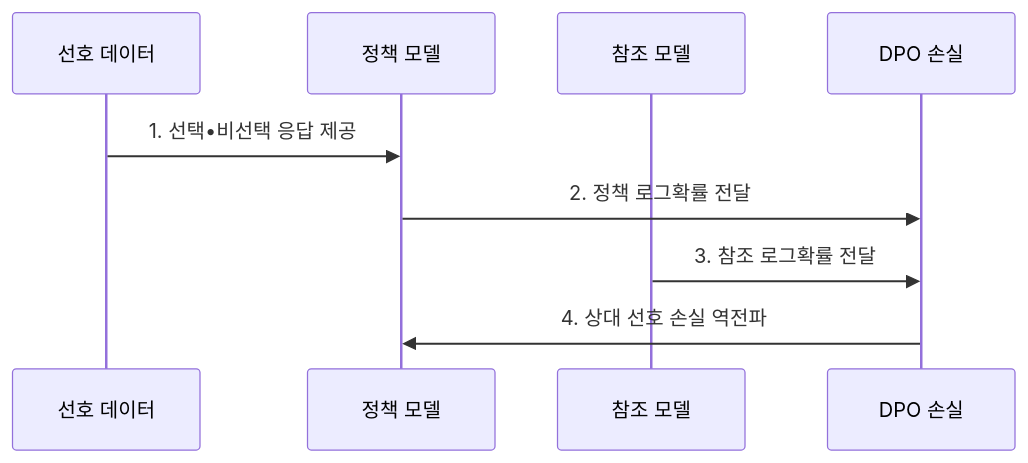
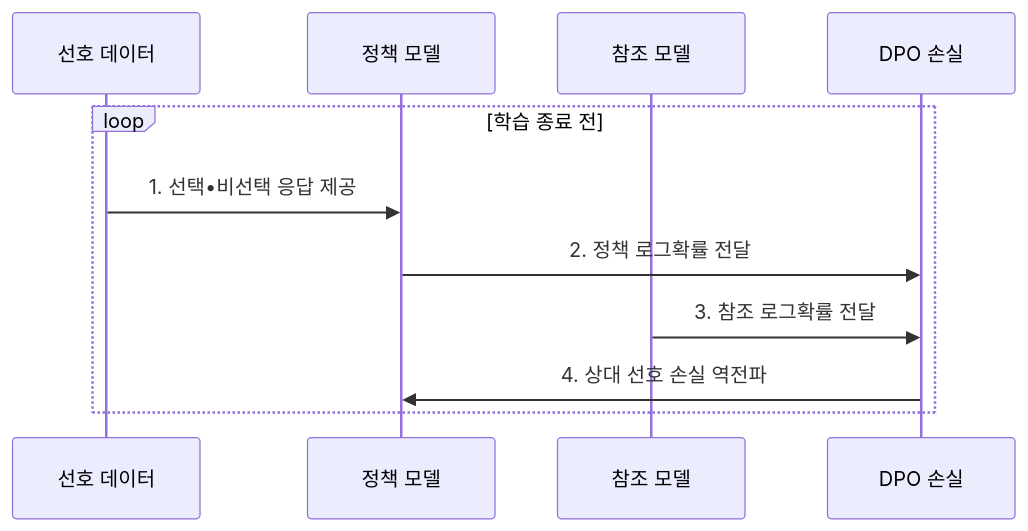
One commit to agnusdei1207/knowledge-base changed the second of 2 diagrams in src/content/docs/notes/08-latest-tech/066_direct_preference_optimization.md. Above: the diagram before and after it, drawn with Mermaid. The commit also changed other lines of this file and 17 other files, not shown here.

````diff
--- a/src/content/docs/notes/08-latest-tech/066_direct_preference_optimization.md
+++ b/src/content/docs/notes/08-latest-tech/066_direct_preference_optimization.md
@@ -108,11 +108,13 @@
 ```mermaid
 sequenceDiagram
     participant D as 선호 데이터
     participant P as 정책 모델
     participant R as 참조 모델
     participant L as DPO 손실
-    D->>P: 1. 선택•비선택 응답 제공
-    P->>L: 2. 정책 로그확률 전달
-    R->>L: 3. 참조 로그확률 전달
-    L->>P: 4. 상대 선호 손실 역전파
+    loop 학습 종료 전
+        D->>P: 1. 선택•비선택 응답 제공
+        P->>L: 2. 정책 로그확률 전달
+        R->>L: 3. 참조 로그확률 전달
+        L->>P: 4. 상대 선호 손실 역전파
+    end
 ```
````
